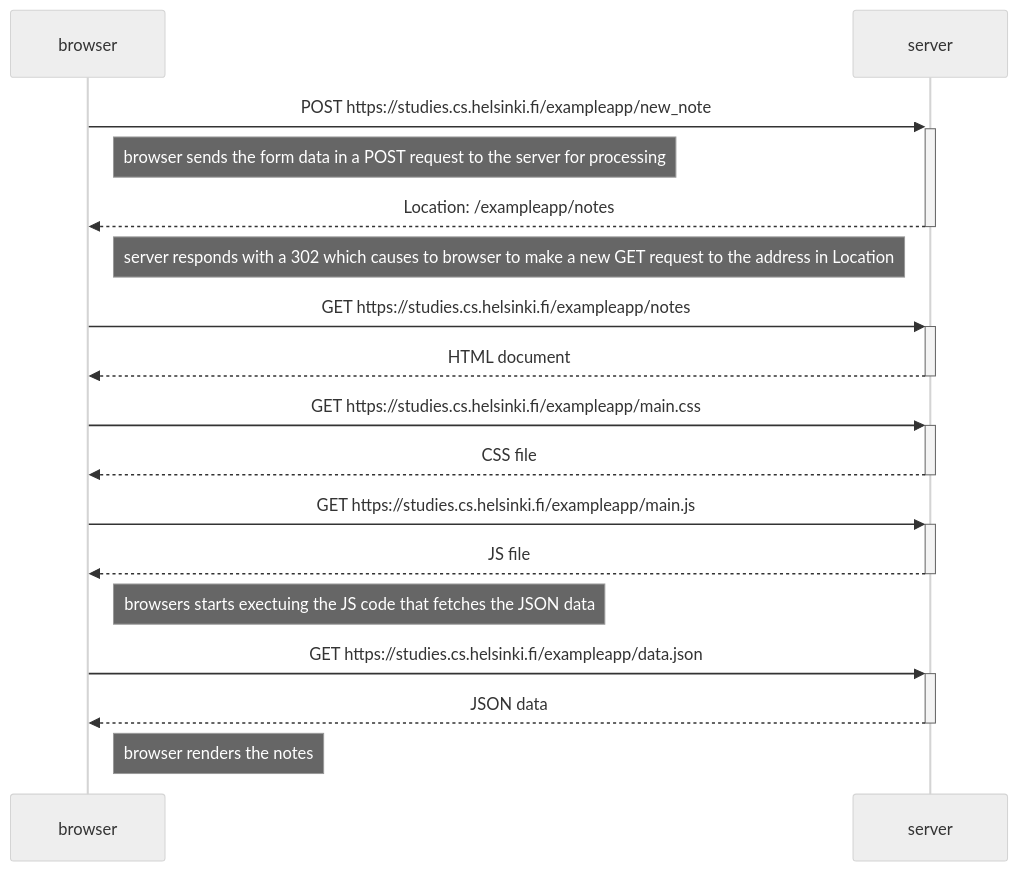
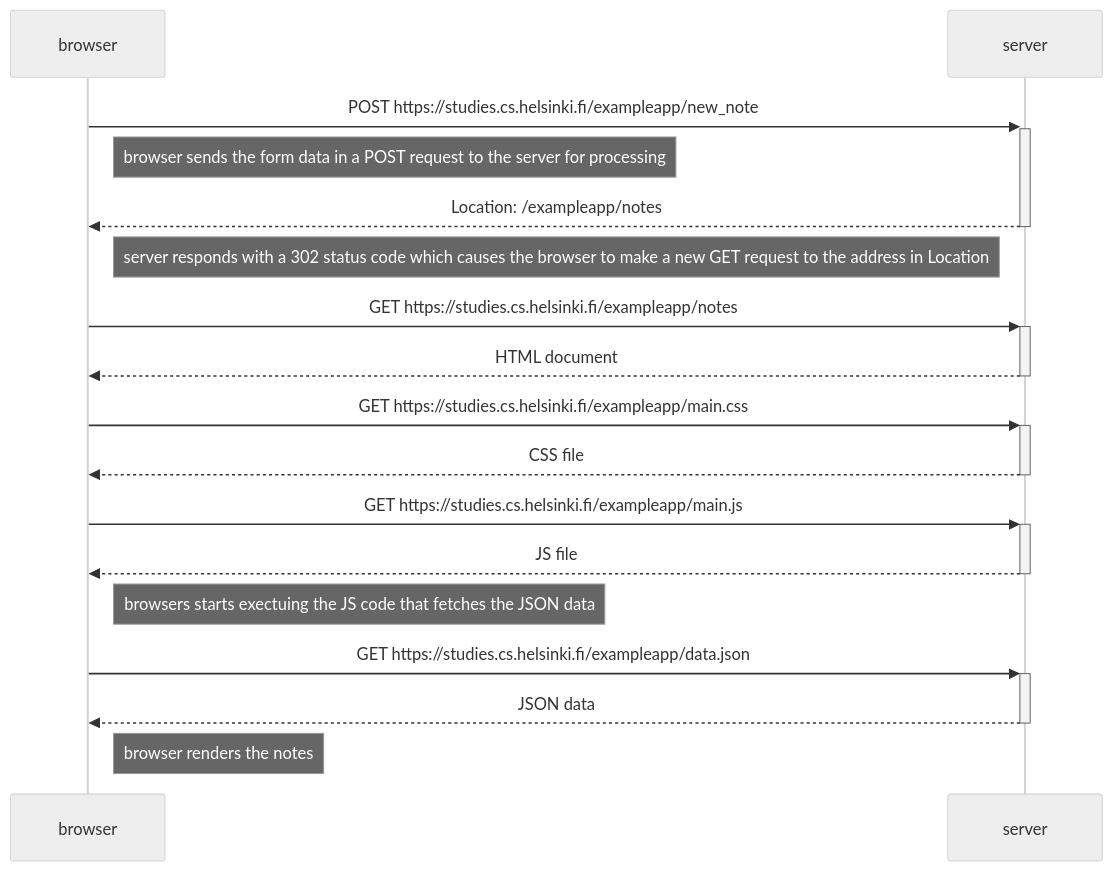
One commit to fermentedtofu/fsopen changed the diagram in part0/0.4.md. Above: the diagram before and after it, drawn with Mermaid (neutral theme).

````diff
--- a/part0/0.4.md
+++ b/part0/0.4.md
@@ -1,24 +1,24 @@
 ```mermaid
 sequenceDiagram
     participant browser
     participant server
 
     browser->>+server: POST https://studies.cs.helsinki.fi/exampleapp/new_note
     Note right of browser: browser sends the form data in a POST request to the server for processing
     server-->>-browser: Location: /exampleapp/notes
-    Note right of browser: server responds with a 302 which causes to browser to make a new GET request to the address in Location
+    Note right of browser: server responds with a 302 status code which causes the browser to make a new GET request to the address in Location
 
     browser->>+server: GET https://studies.cs.helsinki.fi/exampleapp/notes
     server-->>-browser: HTML document
 
     browser->>+server: GET https://studies.cs.helsinki.fi/exampleapp/main.css
     server-->>-browser: CSS file
 
     browser->>+server: GET https://studies.cs.helsinki.fi/exampleapp/main.js
     server-->>-browser: JS file
     Note right of browser: browsers starts exectuing the JS code that fetches the JSON data
 
     browser->>+server: GET https://studies.cs.helsinki.fi/exampleapp/data.json
     server-->>-browser: JSON data
     Note right of browser: browser renders the notes
 ```
````
